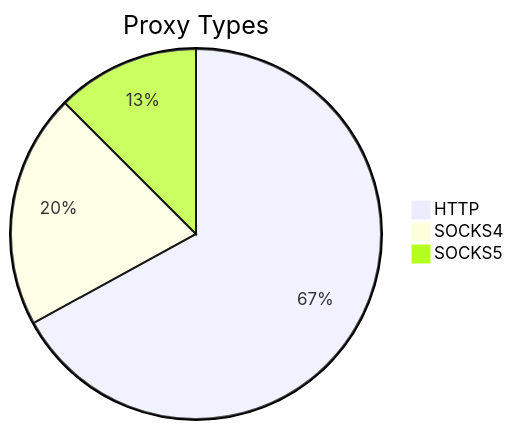
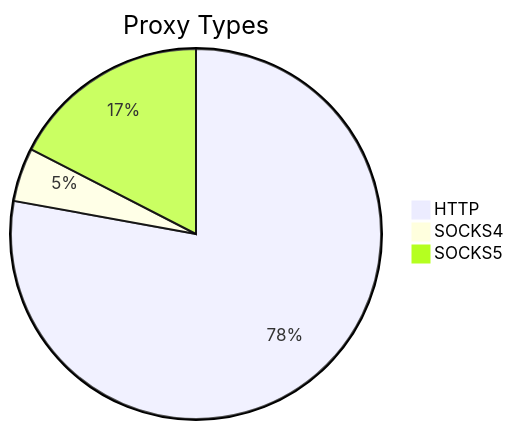
One commit to stormsia/proxy-list changed the first of 2 diagrams in README.md. Above: the diagram before and after it, drawn with Mermaid. The commit also changed other lines of this file, not shown here.

````diff
--- a/README.md
+++ b/README.md
@@ -21,6 +21,6 @@
 ```mermaid
 pie title Proxy Types
-    "HTTP" : 429
-    "SOCKS4" : 131
-    "SOCKS5" : 80
+    "HTTP" : 299
+    "SOCKS4" : 18
+    "SOCKS5" : 67
 ```
````
